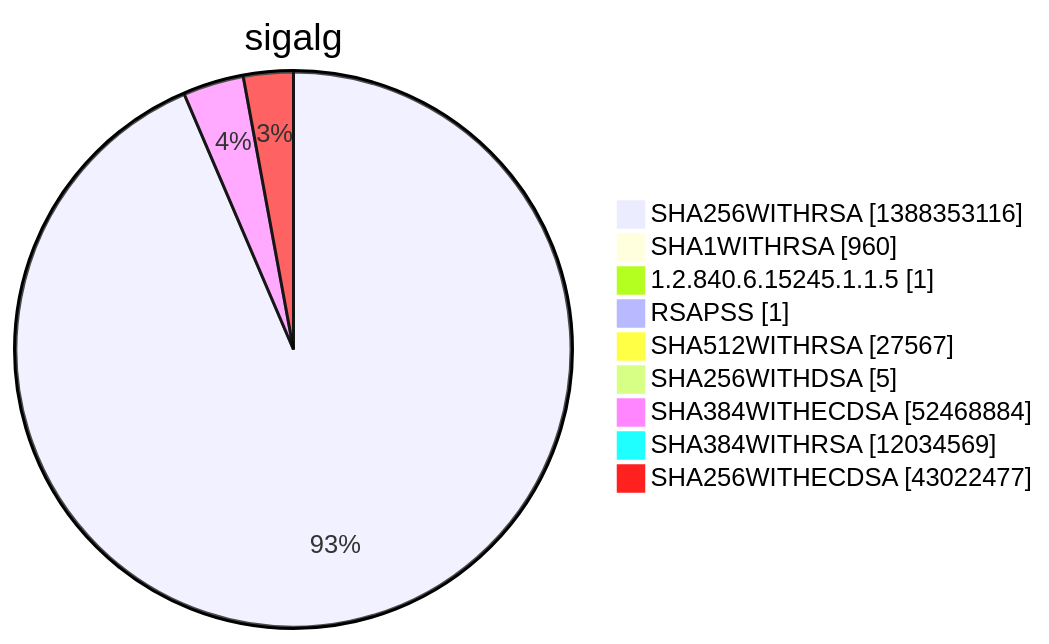
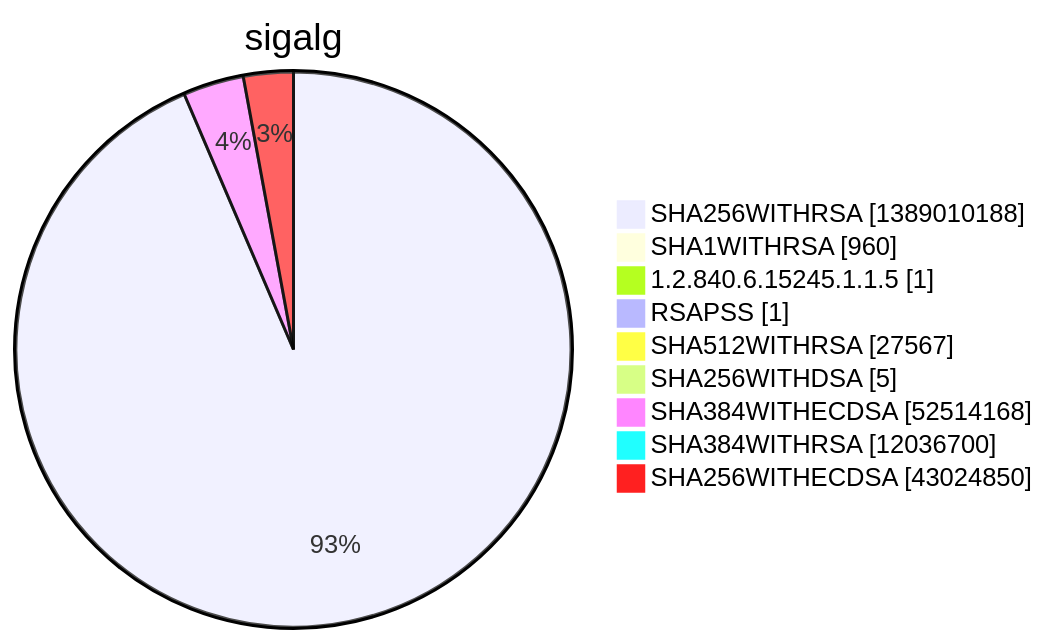
Diagram 15 of 15 in argon2022/README.md (christiankrug/ctmonitor_visualization), drawn with Mermaid before and after one commit. The commit also changed other lines of this file, not shown here.

````diff
--- a/argon2022/README.md
+++ b/argon2022/README.md
@@ -5524,13 +5524,13 @@
 ```mermaid
 pie showData
 title sigalg
-"SHA256WITHRSA" :1388353116
+"SHA256WITHRSA" :1389010188
 "SHA1WITHRSA" :960
 "1.2.840.6.15245.1.1.5" :1
 "RSAPSS" :1
 "SHA512WITHRSA" :27567
 "SHA256WITHDSA" :5
-"SHA384WITHECDSA" :52468884
-"SHA384WITHRSA" :12034569
-"SHA256WITHECDSA" :43022477
+"SHA384WITHECDSA" :52514168
+"SHA384WITHRSA" :12036700
+"SHA256WITHECDSA" :43024850
 ```
````
